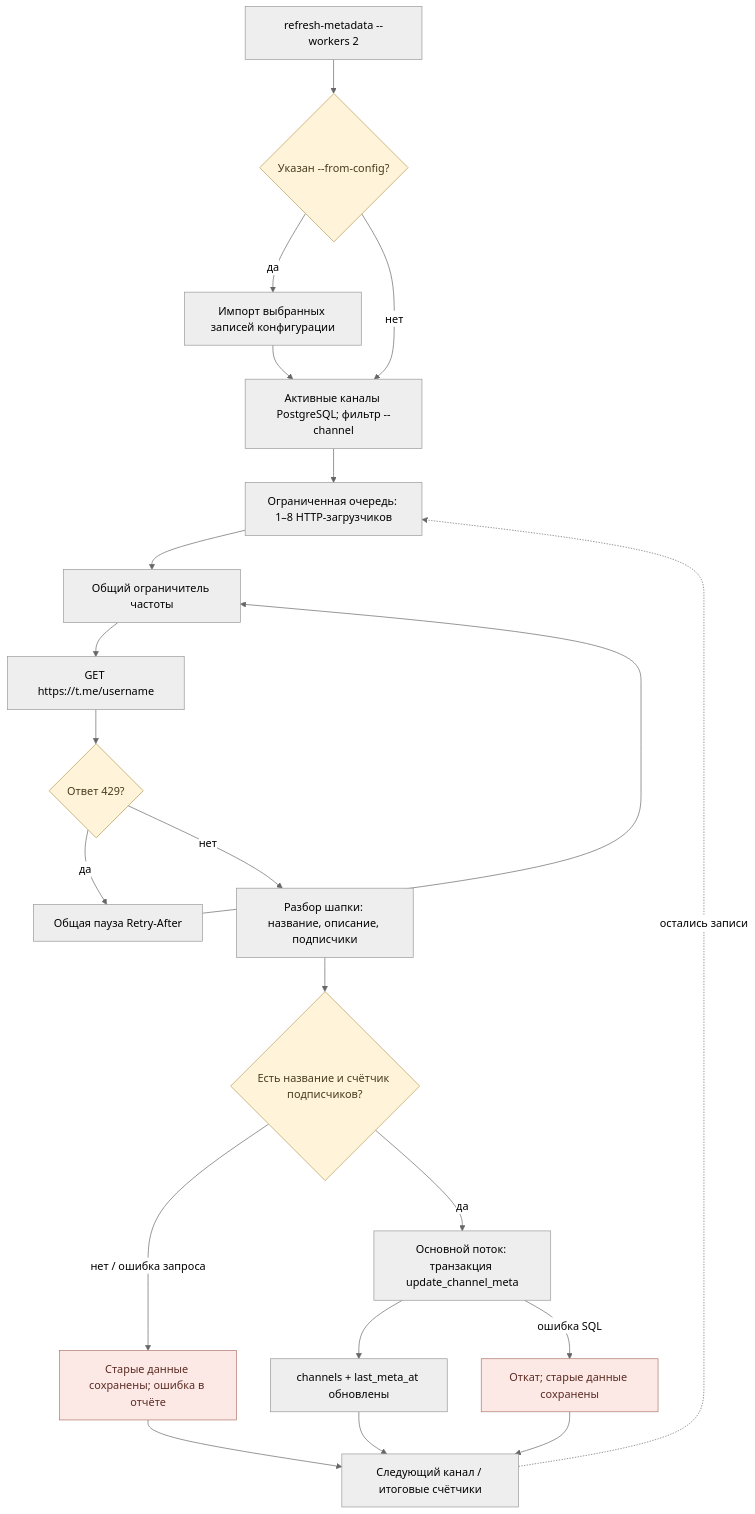
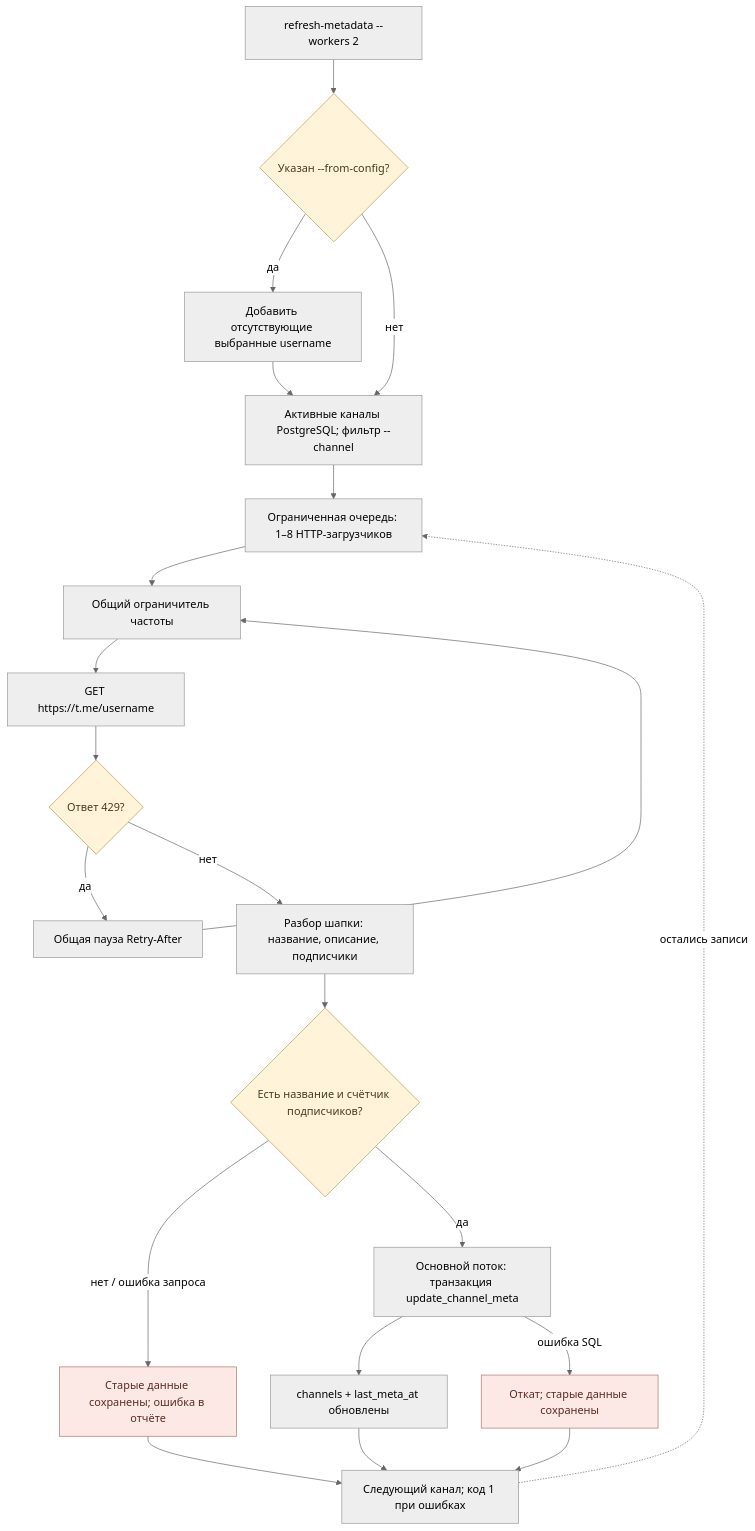
One commit to zEeZja/tgatlas changed the diagram in docs/architecture/02-metadata.mmd. Above: the diagram before and after it, drawn with Mermaid (neutral theme). The commit also changed 49 other files, not shown here.

```diff
--- a/docs/architecture/02-metadata.mmd
+++ b/docs/architecture/02-metadata.mmd
@@ -1,26 +1,26 @@
 flowchart TB
     START["refresh-metadata --workers 2"] --> IMPORT{"Указан --from-config?"}
-    IMPORT -->|"да"| SEED["Импорт выбранных записей конфигурации"]
+    IMPORT -->|"да"| SEED["Добавить отсутствующие выбранные username"]
     IMPORT -->|"нет"| SELECT["Активные каналы PostgreSQL; фильтр --channel"]
     SEED --> SELECT
     SELECT --> POOL["Ограниченная очередь: 1–8 HTTP-загрузчиков"]
     POOL --> GATE["Общий ограничитель частоты"]
     GATE --> GET["GET https://t.me/username"]
     GET --> RATE{"Ответ 429?"}
     RATE -->|"да"| WAIT["Общая пауза Retry-After"]
     WAIT --> GATE
     RATE -->|"нет"| PARSE["Разбор шапки: название, описание, подписчики"]
     PARSE --> VALID{"Есть название и счётчик подписчиков?"}
     VALID -->|"нет / ошибка запроса"| FAIL["Старые данные сохранены; ошибка в отчёте"]
     VALID -->|"да"| TX["Основной поток: транзакция update_channel_meta"]
     TX --> OK["channels + last_meta_at обновлены"]
     TX -->|"ошибка SQL"| ROLLBACK["Откат; старые данные сохранены"]
-    OK --> NEXT["Следующий канал / итоговые счётчики"]
+    OK --> NEXT["Следующий канал; код 1 при ошибках"]
     FAIL --> NEXT
     ROLLBACK --> NEXT
     NEXT -.->|"остались записи"| POOL
     classDef data fill:#e5edf8,stroke:#6981a0,color:#1b304e
     classDef check fill:#fff4d9,stroke:#b49a55,color:#463b1d
     classDef warn fill:#fce9e5,stroke:#ad756c,color:#5a2b24
     class IMPORT,RATE,VALID check
     class FAIL,ROLLBACK warn
```
